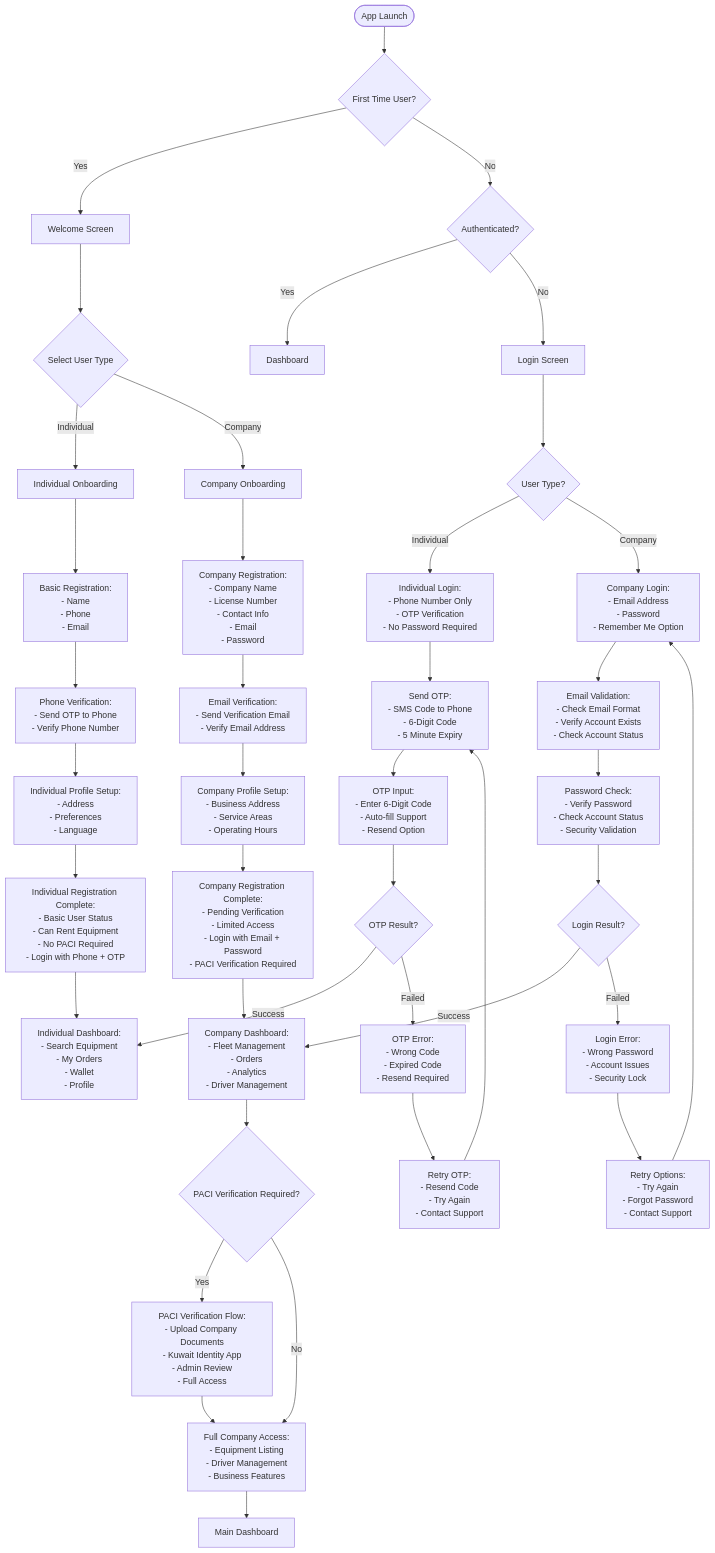
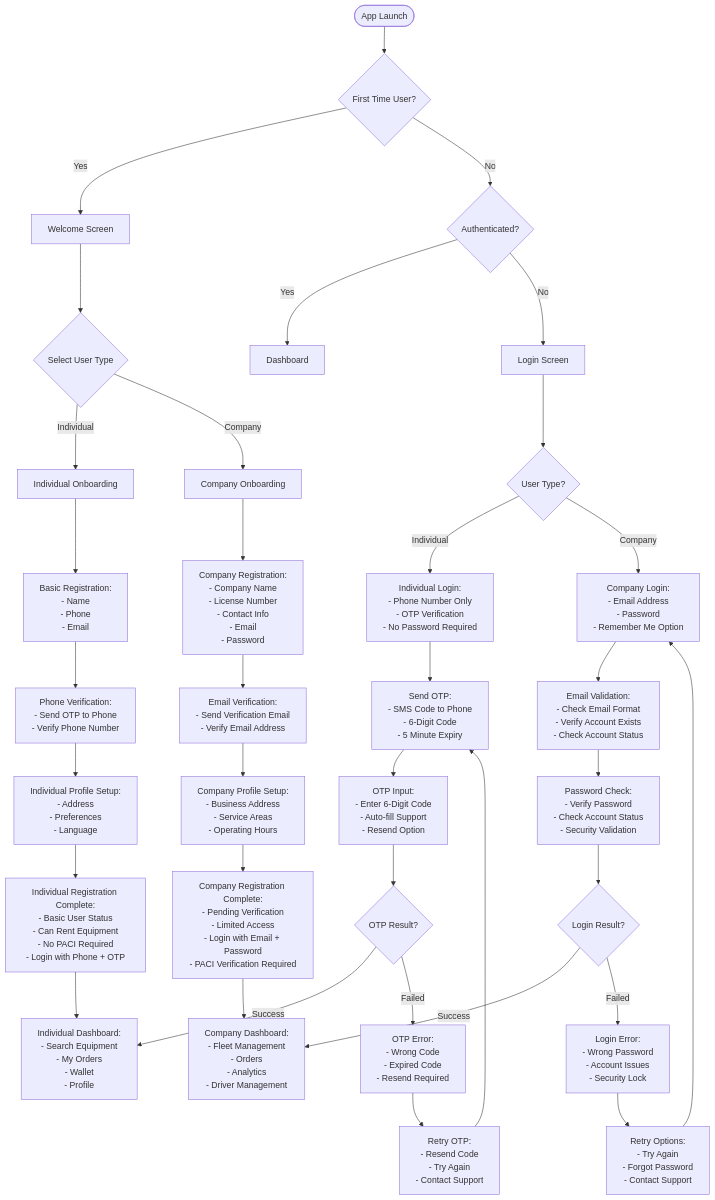
Before and after one commit to engaotb/YARDR: the first of 25 diagrams in 04_User_Experience_Flows.md, drawn with Mermaid.

Commit message:
Remove duplicate PACI verification flow
- Removed redundant PACI verification section from main flow
- PACI verification already covered in dedicated section
- Cleaned up flow to avoid repetition
- Simplified main authentication flow

````diff
--- a/04_User_Experience_Flows.md
+++ b/04_User_Experience_Flows.md
@@ -36,62 +36,55 @@
 ```mermaid
 flowchart TD
     Start([App Launch]) --> FirstTime{First Time User?}
     
     FirstTime -->|Yes| Welcome[Welcome Screen]
     FirstTime -->|No| AuthCheck{Authenticated?}
     
     Welcome --> UserType{Select User Type}
     UserType -->|Individual| IndividualOnboarding[Individual Onboarding]
     UserType -->|Company| CompanyOnboarding[Company Onboarding]
     
     IndividualOnboarding --> BasicRegistration[Basic Registration:<br/>- Name<br/>- Phone<br/>- Email]
     CompanyOnboarding --> CompanyRegistration[Company Registration:<br/>- Company Name<br/>- License Number<br/>- Contact Info<br/>- Email<br/>- Password]
     
     BasicRegistration --> PhoneVerification[Phone Verification:<br/>- Send OTP to Phone<br/>- Verify Phone Number]
     CompanyRegistration --> EmailVerification[Email Verification:<br/>- Send Verification Email<br/>- Verify Email Address]
     
     PhoneVerification --> IndividualProfileSetup[Individual Profile Setup:<br/>- Address<br/>- Preferences<br/>- Language]
     EmailVerification --> CompanyProfileSetup[Company Profile Setup:<br/>- Business Address<br/>- Service Areas<br/>- Operating Hours]
     
     IndividualProfileSetup --> IndividualComplete[Individual Registration Complete:<br/>- Basic User Status<br/>- Can Rent Equipment<br/>- No PACI Required<br/>- Login with Phone + OTP]
     CompanyProfileSetup --> CompanyComplete[Company Registration Complete:<br/>- Pending Verification<br/>- Limited Access<br/>- Login with Email + Password<br/>- PACI Verification Required]
     
     IndividualComplete --> IndividualDashboard[Individual Dashboard:<br/>- Search Equipment<br/>- My Orders<br/>- Wallet<br/>- Profile Settings]
     CompanyComplete --> CompanyDashboard[Company Dashboard:<br/>- Pending Verification<br/>- Upload Documents<br/>- PACI Verification<br/>- Limited Features]
-    
-    CompanyDashboard --> PACIRequired{PACI Verification Required?}
-    PACIRequired -->|Yes| PACIFlow[PACI Verification Flow:<br/>- Upload Company Documents<br/>- Kuwait Identity App<br/>- Admin Review<br/>- Full Access]
-    PACIRequired -->|No| FullCompanyAccess[Full Company Access:<br/>- Equipment Listing<br/>- Driver Management<br/>- Business Features]
-    
-    PACIFlow --> FullCompanyAccess
-    FullCompanyAccess --> MainDashboard[Main Dashboard]
     
     AuthCheck -->|Yes| Dashboard
     AuthCheck -->|No| Login[Login Screen]
     Login --> UserTypeLogin{User Type?}
     UserTypeLogin -->|Individual| IndividualLogin[Individual Login:<br/>- Phone Number Only<br/>- OTP Verification<br/>- No Password Required]
     UserTypeLogin -->|Company| CompanyLogin[Company Login:<br/>- Email Address<br/>- Password<br/>- Remember Me Option]
     
     IndividualLogin --> SendOTP[Send OTP:<br/>- SMS Code to Phone<br/>- 6-Digit Code<br/>- 5 Minute Expiry]
     
     CompanyLogin --> EmailValidation[Email Validation:<br/>- Check Email Format<br/>- Verify Account Exists<br/>- Check Account Status]
     
     SendOTP --> OTPInput[OTP Input:<br/>- Enter 6-Digit Code<br/>- Auto-fill Support<br/>- Resend Option]
     
     EmailValidation --> PasswordCheck[Password Check:<br/>- Verify Password<br/>- Check Account Status<br/>- Security Validation]
     
     OTPInput --> OTPResult{OTP Result?}
     PasswordCheck --> LoginResult{Login Result?}
     
     OTPResult -->|Success| IndividualDashboard[Individual Dashboard:<br/>- Search Equipment<br/>- My Orders<br/>- Wallet<br/>- Profile]
     OTPResult -->|Failed| OTPError[OTP Error:<br/>- Wrong Code<br/>- Expired Code<br/>- Resend Required]
     
     LoginResult -->|Success| CompanyDashboard[Company Dashboard:<br/>- Fleet Management<br/>- Orders<br/>- Analytics<br/>- Driver Management]
     LoginResult -->|Failed| LoginError[Login Error:<br/>- Wrong Password<br/>- Account Issues<br/>- Security Lock]
     
     LoginError --> RetryOptions[Retry Options:<br/>- Try Again<br/>- Forgot Password<br/>- Contact Support]
     OTPError --> RetryOTP[Retry OTP:<br/>- Resend Code<br/>- Try Again<br/>- Contact Support]
     
     RetryOptions --> CompanyLogin
     RetryOTP --> SendOTP
 ```
````
